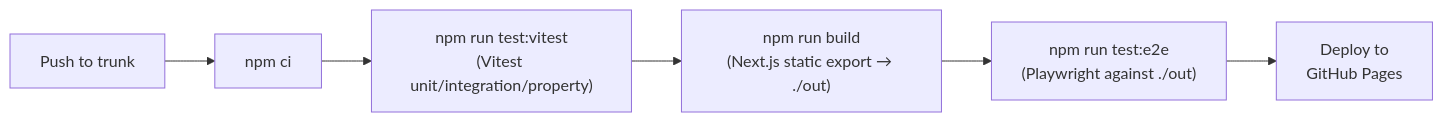
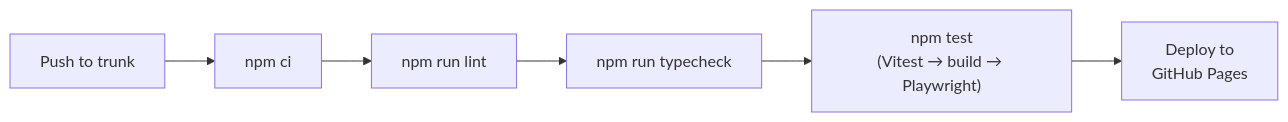
One commit to jdc-projects/random-note changed the diagram in docs/deployment.md. Above: the diagram before and after it, drawn with Mermaid. The commit also changed other lines of this file and 3 other files, not shown here.

````diff
--- a/docs/deployment.md
+++ b/docs/deployment.md
@@ -103,8 +106,8 @@
 ```mermaid
 flowchart LR
     A["Push to trunk"] --> B[npm ci]
-    B --> C["npm run test:vitest\n(Vitest unit/integration/property)"]
-    C --> D["npm run build\n(Next.js static export → ./out)"]
-    D --> E["npm run test:e2e\n(Playwright against ./out)"]
+    B --> C[npm run lint]
+    C --> D[npm run typecheck]
+    D --> E["npm test\n(Vitest → build → Playwright)"]
     E --> F["Deploy to\nGitHub Pages"]
 ```
````
